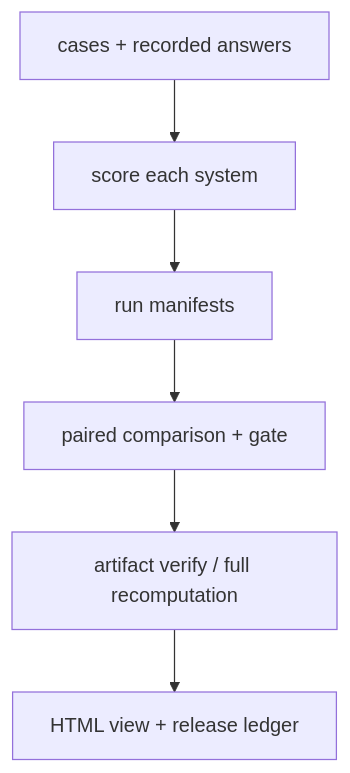
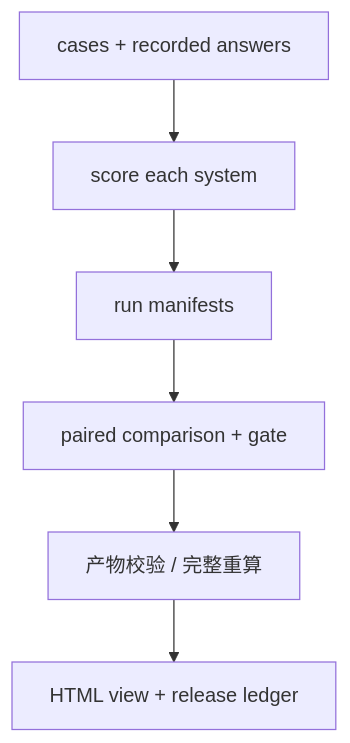
One commit to NightLemon/about-llm changed the diagram in docs/practice/projects/evaluation-gate.md. Above: the diagram before and after it, drawn with Mermaid. The commit also changed 74 other files, not shown here.

````diff
--- a/docs/practice/projects/evaluation-gate.md
+++ b/docs/practice/projects/evaluation-gate.md
@@ -13,8 +13,8 @@
 ```mermaid
 flowchart TD
   C["cases + recorded answers"] --> S["score each system"]
   S --> M["run manifests"]
   M --> G["paired comparison + gate"]
-  G --> V["artifact verify / full recomputation"]
+  G --> V["产物校验 / 完整重算"]
   V --> R["HTML view + release ledger"]
 ```
````
